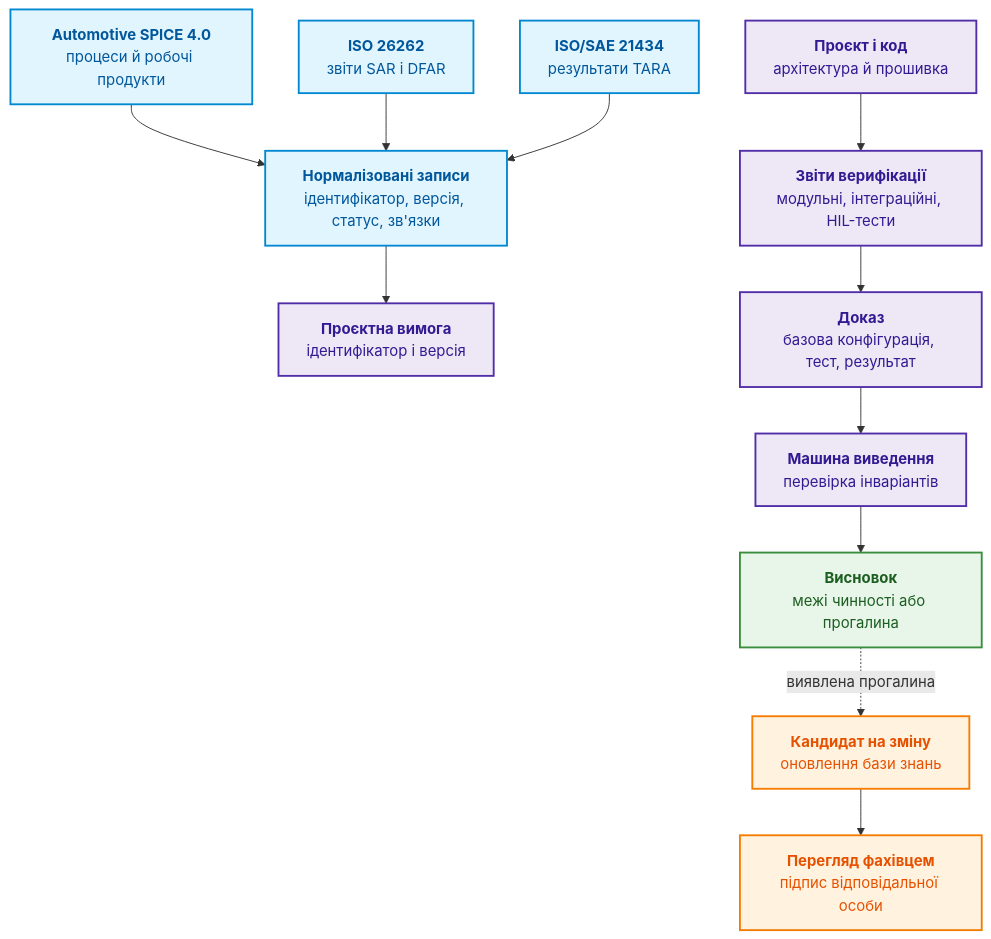
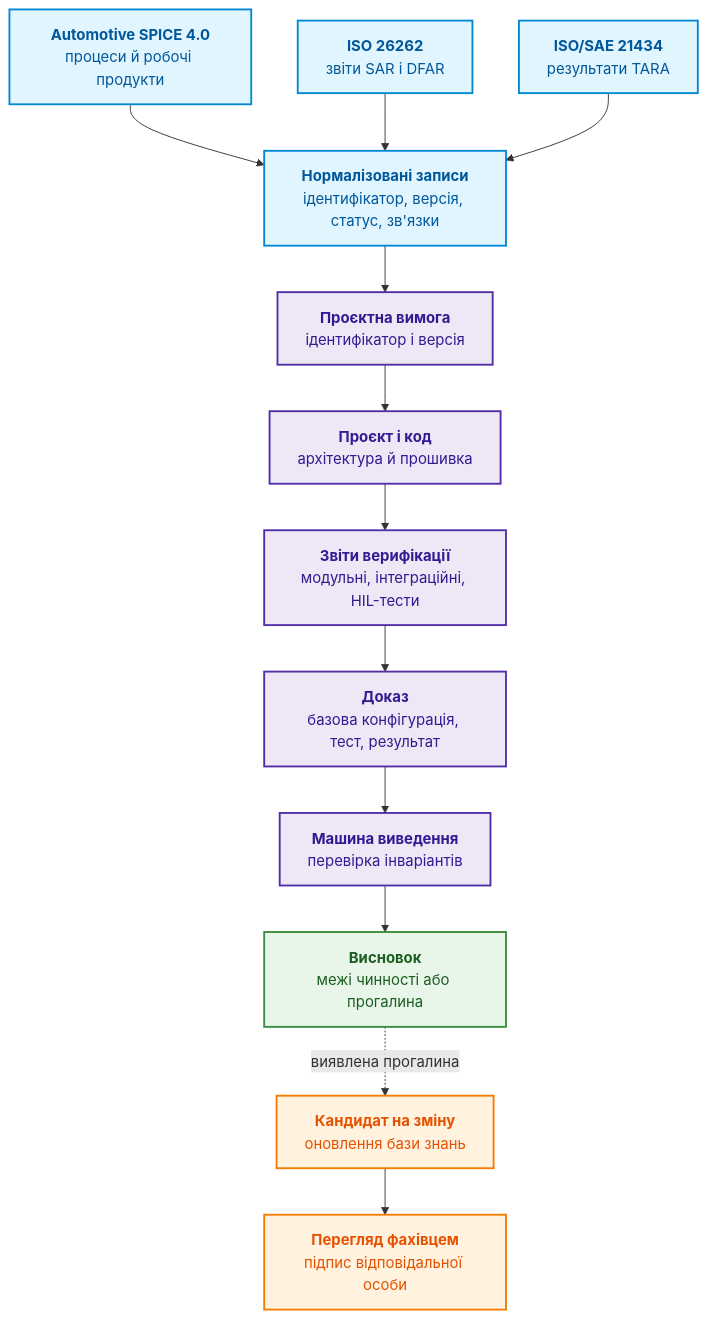
The third of 6 diagrams in ExpertSystem/ch25-how-expert-systems-learn.md (nick-fedchik/articles), drawn with Mermaid before and after one commit. The commit also changed other lines of this file and 9 other files, not shown here.

````diff
--- a/ExpertSystem/ch25-how-expert-systems-learn.md
+++ b/ExpertSystem/ch25-how-expert-systems-learn.md
@@ -320,27 +401,27 @@
 ```mermaid
 flowchart TB
     accTitle: Трасування автомобільних артефактів до доказів
     accDescr: Робочі продукти Automotive SPICE, звіти SAR і DFAR за ISO 26262 та результати TARA за ISO/SAE 21434 стають нормалізованими записами, які машина виведення простежує до вимоги, реалізації, перевірки й доказу.
 
     ASPICE["<b>Automotive SPICE 4.0</b><br/>процеси й робочі продукти"] --> Records["<b>Нормалізовані записи</b><br/>ідентифікатор, версія, статус, зв'язки"]
     Safety["<b>ISO 26262</b><br/>звіти SAR і DFAR"] --> Records
     Cyber["<b>ISO/SAE 21434</b><br/>результати TARA"] --> Records
     Records --> Requirement["<b>Проєктна вимога</b><br/>ідентифікатор і версія"]
-    Design["<b>Проєкт і код</b><br/>архітектура й прошивка"]
+    Requirement --> Design["<b>Проєкт і код</b><br/>архітектура й прошивка"]
     Design --> Verification["<b>Звіти верифікації</b><br/>модульні, інтеграційні, HIL-тести"]
     Verification --> Proof["<b>Доказ</b><br/>базова конфігурація, тест, результат"]
     Proof --> Inference["<b>Машина виведення</b><br/>перевірка інваріантів"]
     Inference --> Assessment["<b>Висновок</b><br/>межі чинності або прогалина"]
     Assessment -.->|"виявлена прогалина"| Candidate["<b>Кандидат на зміну</b><br/>оновлення бази знань"]
     Candidate --> Review["<b>Перегляд фахівцем</b><br/>підпис відповідальної особи"]
 
     classDef src fill:#e1f5fe,stroke:#0288d1,stroke-width:2px,color:#01579b;
     classDef pipe fill:#ede7f6,stroke:#512da8,stroke-width:2px,color:#311b92;
     classDef res fill:#e8f5e9,stroke:#388e3c,stroke-width:2px,color:#1b5e20;
     classDef loop fill:#fff3e0,stroke:#f57c00,stroke-width:2px,color:#e65100;
 
     class ASPICE,Safety,Cyber,Records src;
     class Requirement,Design,Verification,Proof,Inference pipe;
     class Assessment res;
     class Candidate,Review loop;
 ```
````
